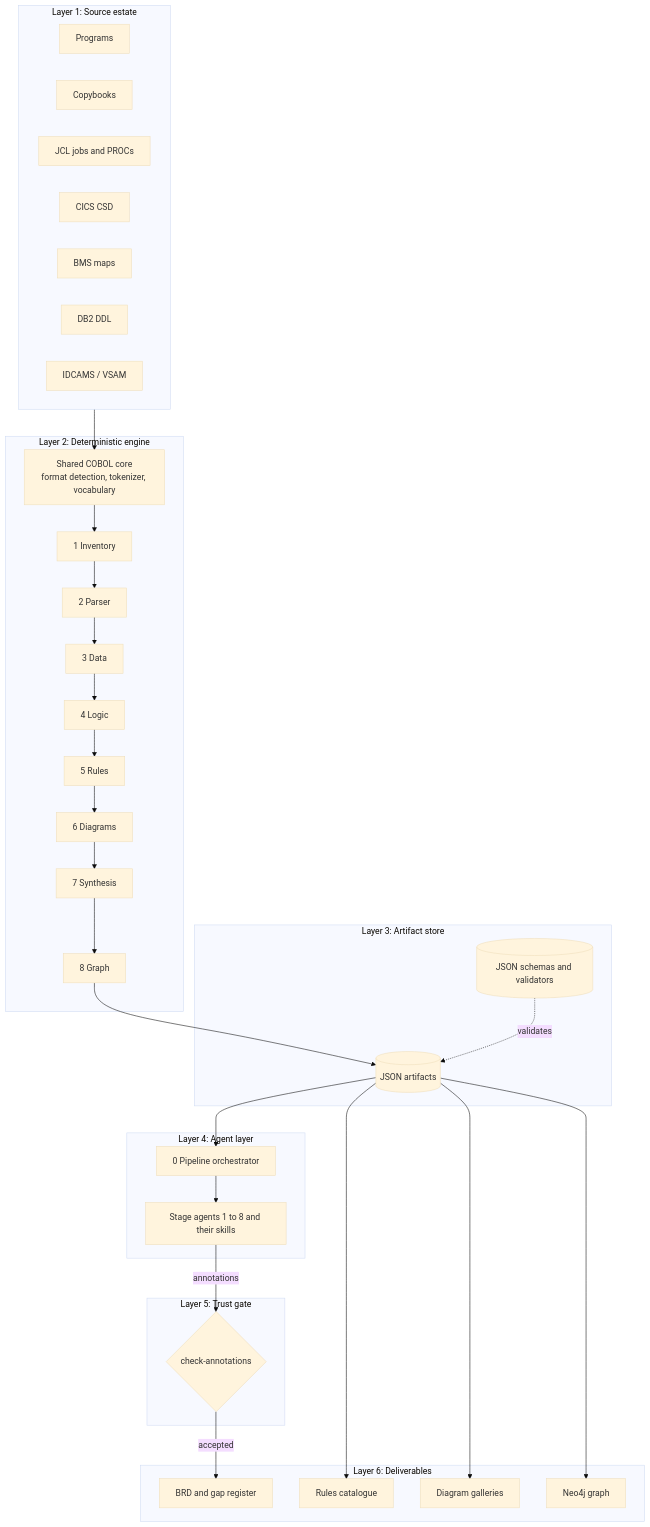
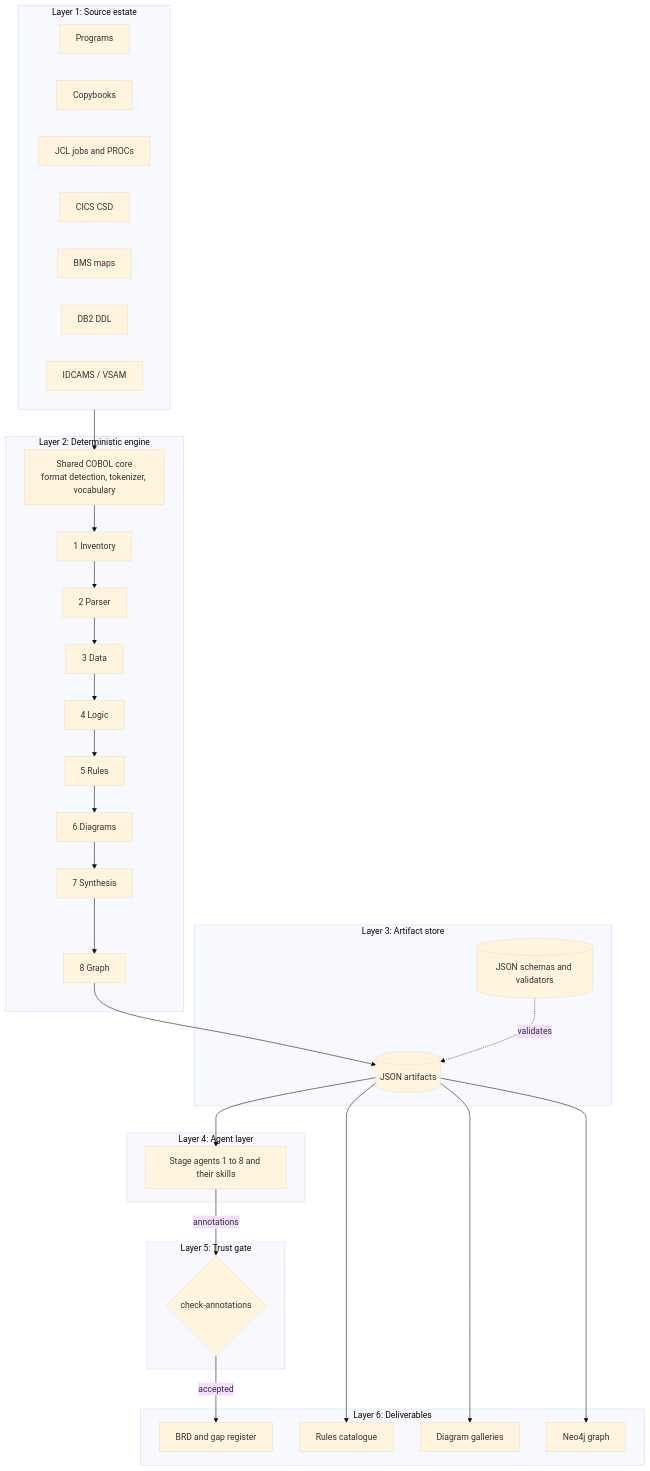
Before and after one commit to vighnasreevara/COBOL-Reverse-Engineering-Harness: the third of 17 diagrams in README.md, drawn with Mermaid (base theme). The commit also changed other lines of this file and 3 other files, not shown here.

First line of the commit message:
Remove the pipeline orchestrator agent

````diff
--- a/README.md
+++ b/README.md
@@ -186,58 +185,56 @@
 ```mermaid
 flowchart TB
     subgraph L1["Layer 1: Source estate"]
         S1["Programs"]
         S2["Copybooks"]
         S3["JCL jobs and PROCs"]
         S4["CICS CSD"]
         S5["BMS maps"]
         S6["DB2 DDL"]
         S7["IDCAMS / VSAM"]
     end
     subgraph L2["Layer 2: Deterministic engine"]
         E0["Shared COBOL core<br/>format detection, tokenizer, vocabulary"]
         E1["1 Inventory"]
         E2["2 Parser"]
         E3["3 Data"]
         E4["4 Logic"]
         E5["5 Rules"]
         E6["6 Diagrams"]
         E7["7 Synthesis"]
         E8["8 Graph"]
     end
     subgraph L3["Layer 3: Artifact store"]
         A1[("JSON artifacts")]
         A2[("JSON schemas and validators")]
     end
     subgraph L4["Layer 4: Agent layer"]
-        G0["0 Pipeline orchestrator"]
         G1["Stage agents 1 to 8 and their skills"]
     end
     subgraph L5["Layer 5: Trust gate"]
         T1{"check-annotations"}
     end
     subgraph L6["Layer 6: Deliverables"]
         D1["BRD and gap register"]
         D2["Rules catalogue"]
         D3["Diagram galleries"]
         D4["Neo4j graph"]
     end
     L1 --> E0
     E0 --> E1
     E1 --> E2
     E2 --> E3
     E3 --> E4
     E4 --> E5
     E5 --> E6
     E6 --> E7
     E7 --> E8
     E8 --> A1
     A2 -.->|"validates"| A1
-    A1 --> G0
-    G0 --> G1
+    A1 --> G1
     G1 -->|"annotations"| T1
     T1 -->|"accepted"| D1
     A1 --> D2
     A1 --> D3
     A1 --> D4
 ```
````
